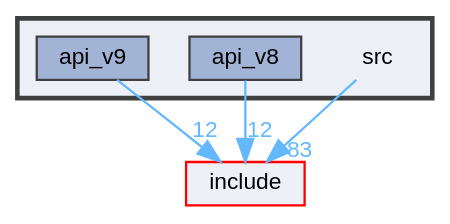
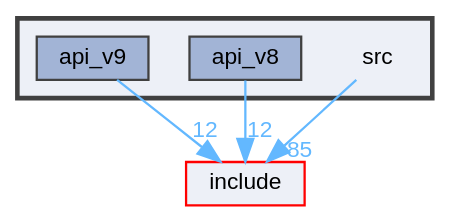
The diagram in reference/cpp/dir_68267d1309a1af8e8297ef4c3efbcdba_dep.dot (quarkslab/quokka), drawn with Graphviz before and after one commit. The commit also changed 80 other files, not shown here.

```diff
--- a/reference/cpp/dir_68267d1309a1af8e8297ef4c3efbcdba_dep.dot
+++ b/reference/cpp/dir_68267d1309a1af8e8297ef4c3efbcdba_dep.dot
@@ -1,18 +1,18 @@
 digraph "src"
 {
  // LATEX_PDF_SIZE
   bgcolor="transparent";
   edge [fontname=Helvetica,fontsize=10,labelfontname=Helvetica,labelfontsize=10];
   node [fontname=Helvetica,fontsize=10,shape=box,height=0.2,width=0.4];
   compound=true
   subgraph clusterdir_68267d1309a1af8e8297ef4c3efbcdba {
     graph [ bgcolor="#edf0f7", pencolor="grey25", label="", fontname=Helvetica,fontsize=10 style="filled,bold", URL="dir_68267d1309a1af8e8297ef4c3efbcdba.html",tooltip=""]
     dir_68267d1309a1af8e8297ef4c3efbcdba [shape=plaintext, label="src"];
   dir_a205d754d5a3acdf03e50dff1e23d723 [label="api_v8", fillcolor="#a2b4d6", color="grey25", style="filled", URL="dir_a205d754d5a3acdf03e50dff1e23d723.html",tooltip=""];
   dir_59a587ef1b0b35b7d16ab0cb926eb5ef [label="api_v9", fillcolor="#a2b4d6", color="grey25", style="filled", URL="dir_59a587ef1b0b35b7d16ab0cb926eb5ef.html",tooltip=""];
   }
   dir_d44c64559bbebec7f509842c48db8b23 [label="include", fillcolor="#edf0f7", color="red", style="filled", URL="dir_d44c64559bbebec7f509842c48db8b23.html",tooltip=""];
-  dir_68267d1309a1af8e8297ef4c3efbcdba->dir_d44c64559bbebec7f509842c48db8b23 [headlabel="83", labeldistance=1.5 headhref="dir_000006_000004.html" href="dir_000006_000004.html" color="steelblue1" fontcolor="steelblue1"];
+  dir_68267d1309a1af8e8297ef4c3efbcdba->dir_d44c64559bbebec7f509842c48db8b23 [headlabel="85", labeldistance=1.5 headhref="dir_000006_000004.html" href="dir_000006_000004.html" color="steelblue1" fontcolor="steelblue1"];
   dir_a205d754d5a3acdf03e50dff1e23d723->dir_d44c64559bbebec7f509842c48db8b23 [headlabel="12", labeldistance=1.5 headhref="dir_000001_000004.html" href="dir_000001_000004.html" color="steelblue1" fontcolor="steelblue1"];
   dir_59a587ef1b0b35b7d16ab0cb926eb5ef->dir_d44c64559bbebec7f509842c48db8b23 [headlabel="12", labeldistance=1.5 headhref="dir_000003_000004.html" href="dir_000003_000004.html" color="steelblue1" fontcolor="steelblue1"];
 }
```
